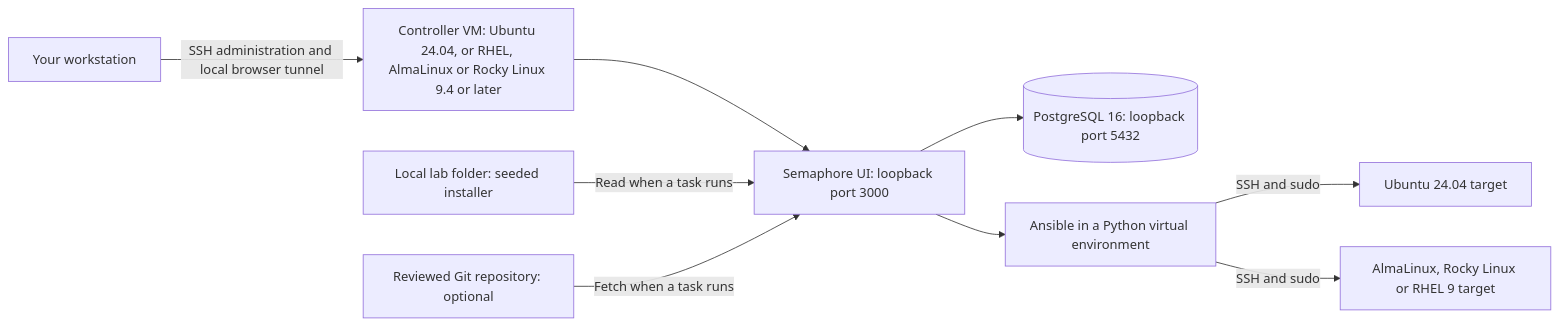
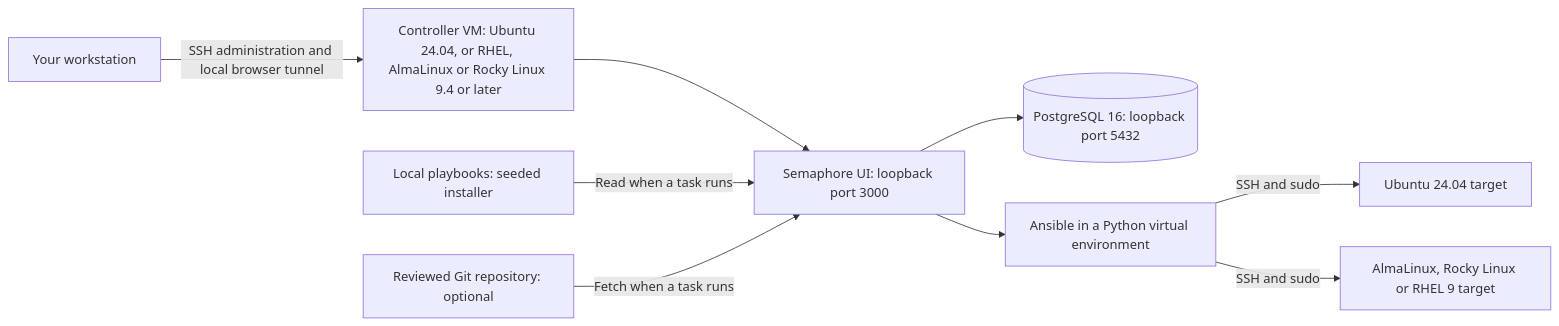
Before and after one commit to kevo099/ansible-semaphore-guide: the first of 2 diagrams in README.md, drawn with Mermaid. The commit also changed other lines of this file and 76 other files, not shown here.

````diff
--- a/README.md
+++ b/README.md
@@ -18,11 +18,11 @@
 ```mermaid
 flowchart LR
     W[Your workstation] -->|SSH administration and local browser tunnel| C[Controller VM: Ubuntu 24.04, or RHEL, AlmaLinux or Rocky Linux 9.4 or later]
     C --> S[Semaphore UI: loopback port 3000]
     S --> P[(PostgreSQL 16: loopback port 5432)]
     S --> A[Ansible in a Python virtual environment]
-    L[Local lab folder: seeded installer] -->|Read when a task runs| S
+    L[Local playbooks: seeded installer] -->|Read when a task runs| S
     G[Reviewed Git repository: optional] -->|Fetch when a task runs| S
     A -->|SSH and sudo| U[Ubuntu 24.04 target]
     A -->|SSH and sudo| E[AlmaLinux, Rocky Linux or RHEL 9 target]
 ```
````
